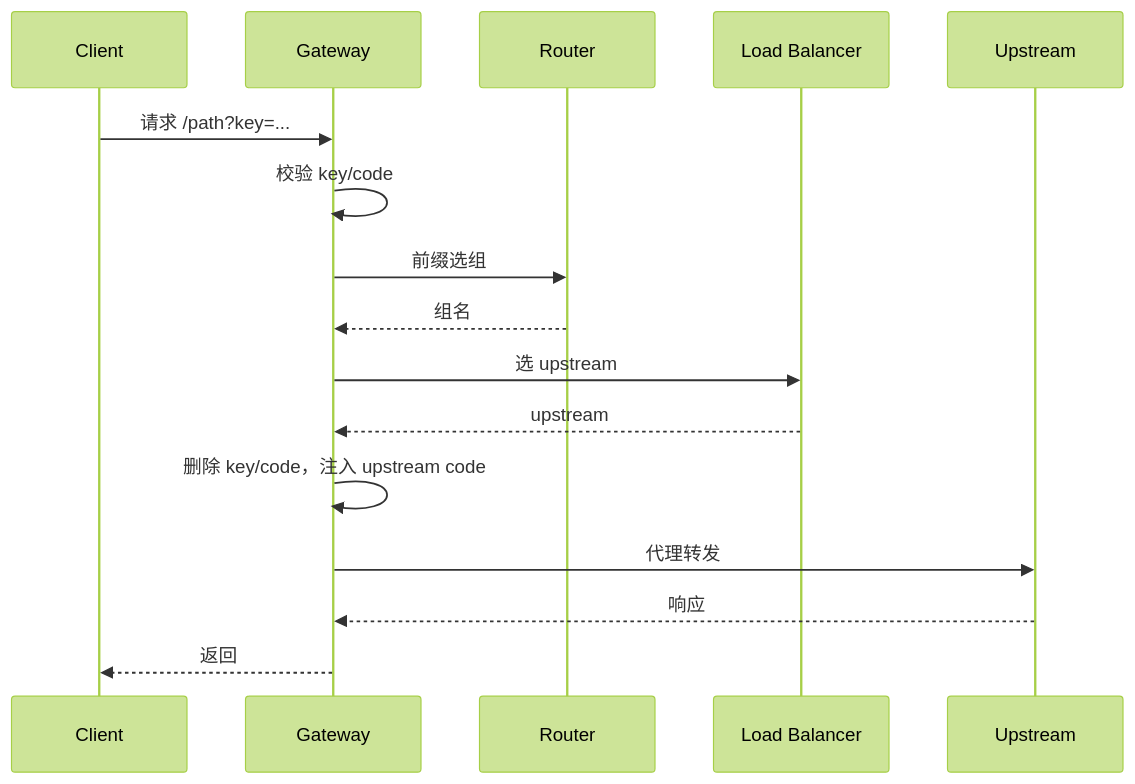
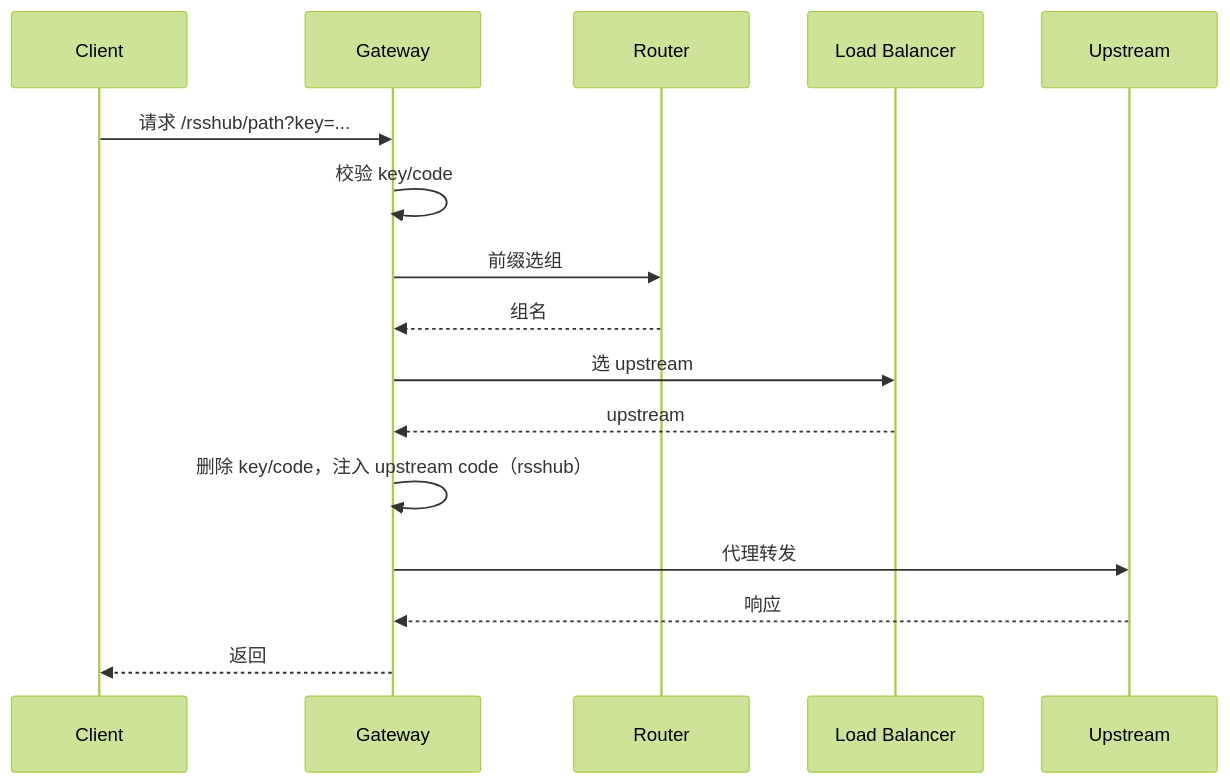
One commit to nerdneilsfield/RSSHub-Gateway changed the second of 2 diagrams in README_zh.md. Above: the diagram before and after it, drawn with Mermaid (forest theme). The commit also changed other lines of this file and 9 other files, not shown here.

````diff
--- a/README_zh.md
+++ b/README_zh.md
@@ -38,19 +39,19 @@
 ```mermaid
 sequenceDiagram
     participant C as Client
     participant G as Gateway
     participant R as Router
     participant LB as Load Balancer
     participant U as Upstream
 
-    C->>G: 请求 /path?key=...
+    C->>G: 请求 /rsshub/path?key=...
     G->>G: 校验 key/code
     G->>R: 前缀选组
     R-->>G: 组名
     G->>LB: 选 upstream
     LB-->>G: upstream
-    G->>G: 删除 key/code，注入 upstream code
+    G->>G: 删除 key/code，注入 upstream code（rsshub）
     G->>U: 代理转发
     U-->>G: 响应
     G-->>C: 返回
 ```
````
